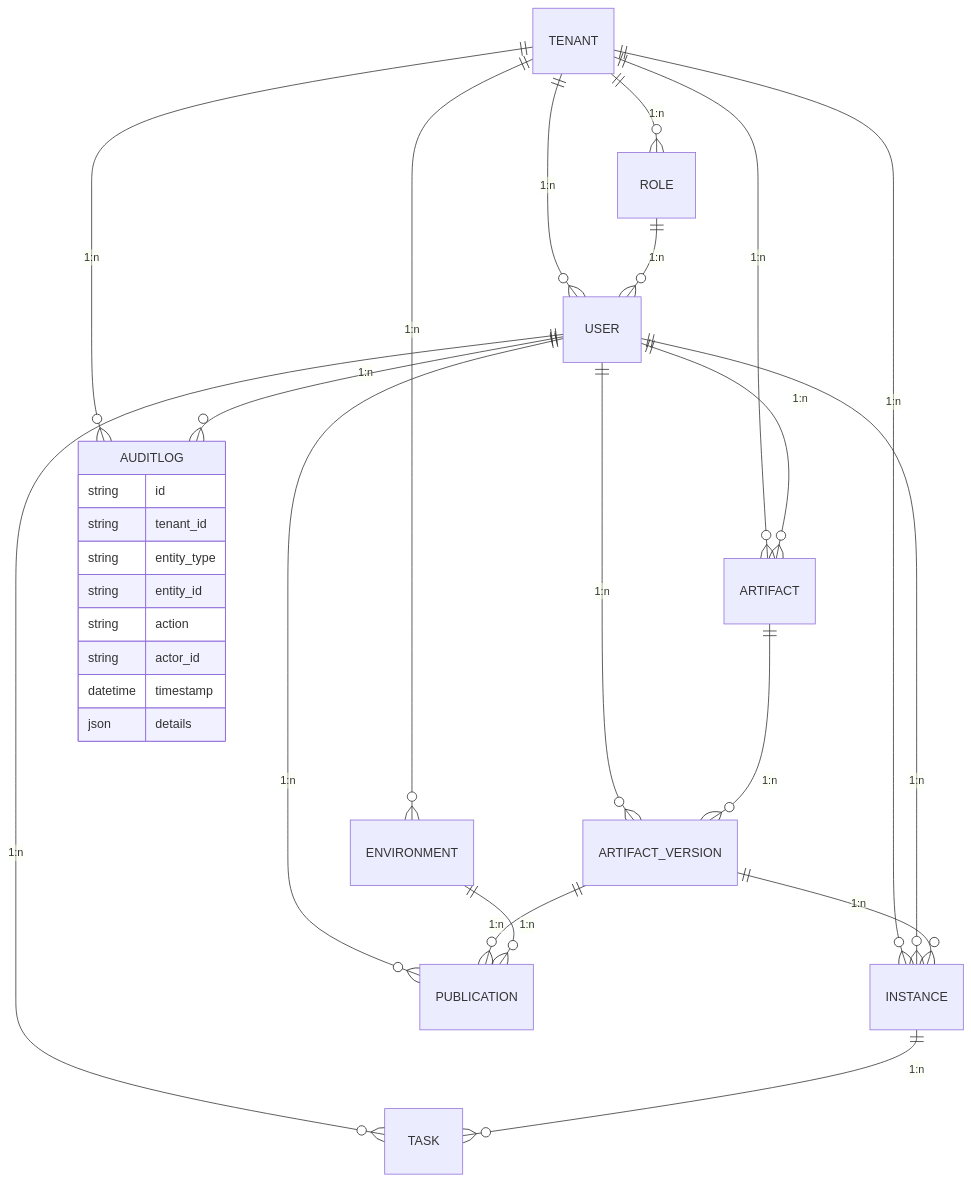
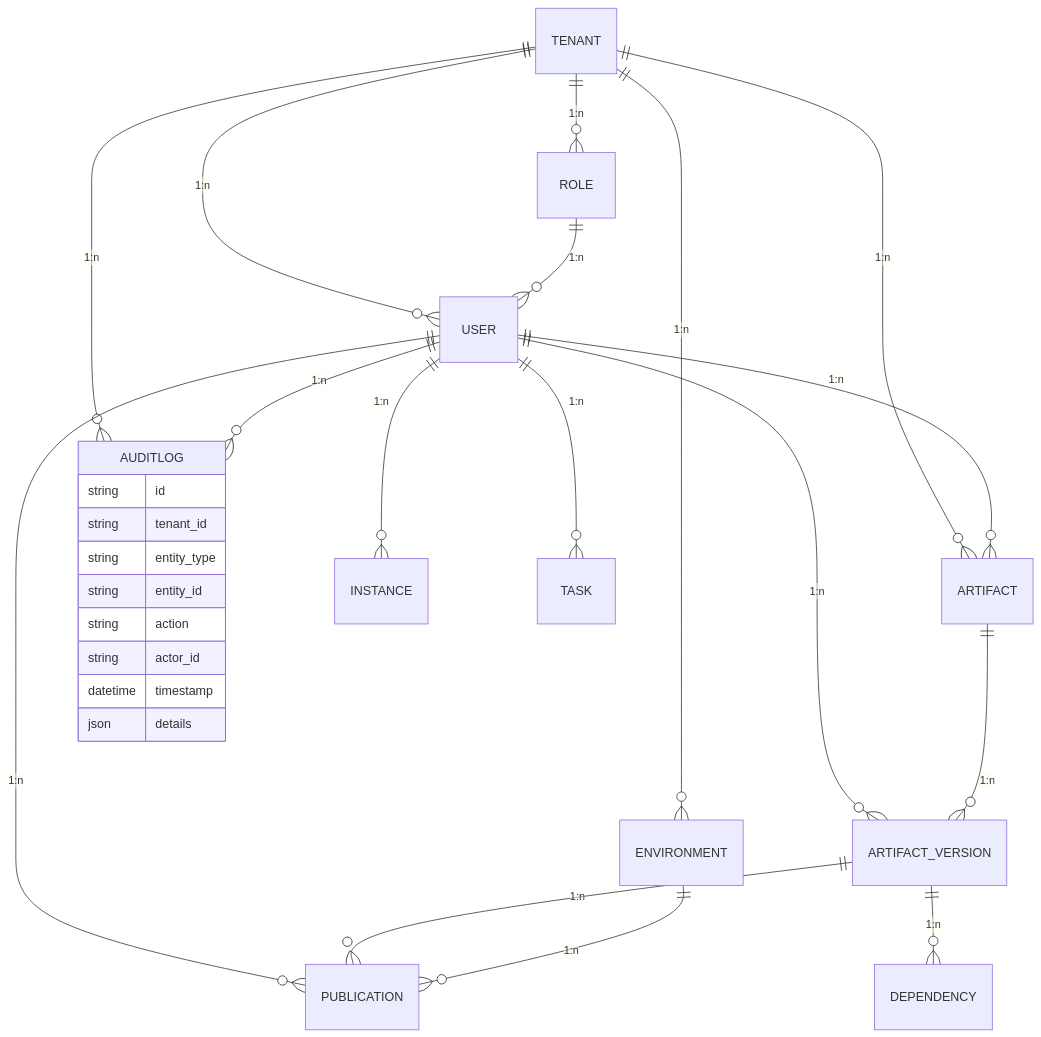
Before and after one commit to pistillo/stillum-business-central: the diagram in documents/docs/EPIC0/03-modello-dati.md, drawn with Mermaid. The commit also changed other lines of this file and 5 other files, not shown here.

````diff
--- a/documents/docs/EPIC0/03-modello-dati.md
+++ b/documents/docs/EPIC0/03-modello-dati.md
@@ -129,38 +139,35 @@
 ```mermaid
 erDiagram
     TENANT ||--o{ USER : "1:n"
     TENANT ||--o{ ROLE : "1:n"
     TENANT ||--o{ ARTIFACT : "1:n"
     TENANT ||--o{ ENVIRONMENT : "1:n"
-    TENANT ||--o{ INSTANCE : "1:n"
     TENANT ||--o{ AUDITLOG : "1:n"
 
     ROLE ||--o{ USER : "1:n"
 
     USER ||--o{ ARTIFACT : "1:n"
     USER ||--o{ ARTIFACT_VERSION : "1:n"
     USER ||--o{ PUBLICATION : "1:n"
     USER ||--o{ INSTANCE : "1:n"
     USER ||--o{ TASK : "1:n"
     USER ||--o{ AUDITLOG : "1:n"
 
     ARTIFACT ||--o{ ARTIFACT_VERSION : "1:n"
 
     ARTIFACT_VERSION ||--o{ PUBLICATION : "1:n"
-    ARTIFACT_VERSION ||--o{ INSTANCE : "1:n"
+    ARTIFACT_VERSION ||--o{ DEPENDENCY : "1:n"
 
     ENVIRONMENT ||--o{ PUBLICATION : "1:n"
-
-    INSTANCE ||--o{ TASK : "1:n"
 
     AUDITLOG {
         string id
         string tenant_id
         string entity_type
         string entity_id
         string action
         string actor_id
         datetime timestamp
         json details
     }
 ```
````
